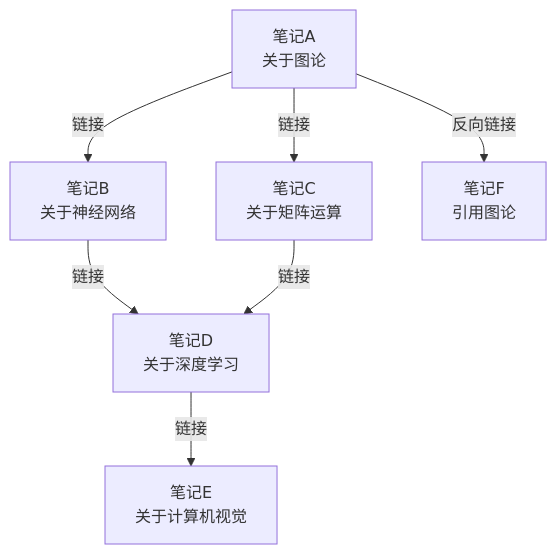
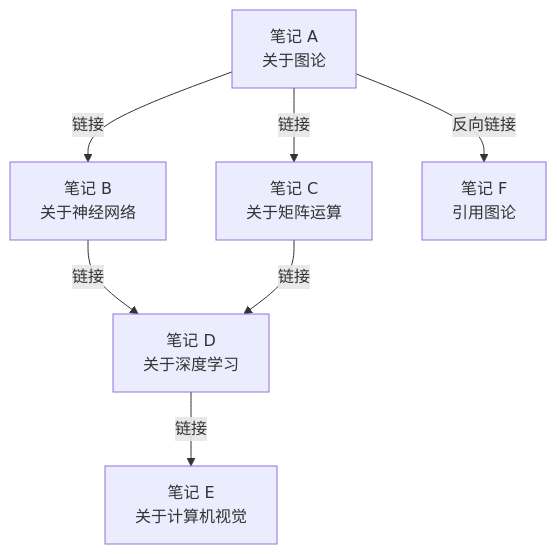
The first of 2 diagrams in 00_KnowledgeFramework/KnowledgeGraph/双向链接.md (Tianshang301/TianshangKnowledgeBase), drawn with Mermaid before and after one commit. The commit also changed other lines of this file and 2257 other files, not shown here.

````diff
--- a/00_KnowledgeFramework/KnowledgeGraph/双向链接.md
+++ b/00_KnowledgeFramework/KnowledgeGraph/双向链接.md
@@ -34,9 +34,9 @@
 ```mermaid
 graph TD
-    A[笔记A<br/>关于图论] -->|链接| B[笔记B<br/>关于神经网络]
-    A -->|链接| C[笔记C<br/>关于矩阵运算]
-    B -->|链接| D[笔记D<br/>关于深度学习]
+    A[笔记 A<br/>关于图论] -->|链接| B[笔记 B<br/>关于神经网络]
+    A -->|链接| C[笔记 C<br/>关于矩阵运算]
+    B -->|链接| D[笔记 D<br/>关于深度学习]
     C -->|链接| D
-    D -->|链接| E[笔记E<br/>关于计算机视觉]
-    A -->|反向链接| F[笔记F<br/>引用图论]
+    D -->|链接| E[笔记 E<br/>关于计算机视觉]
+    A -->|反向链接| F[笔记 F<br/>引用图论]
 ```
````
